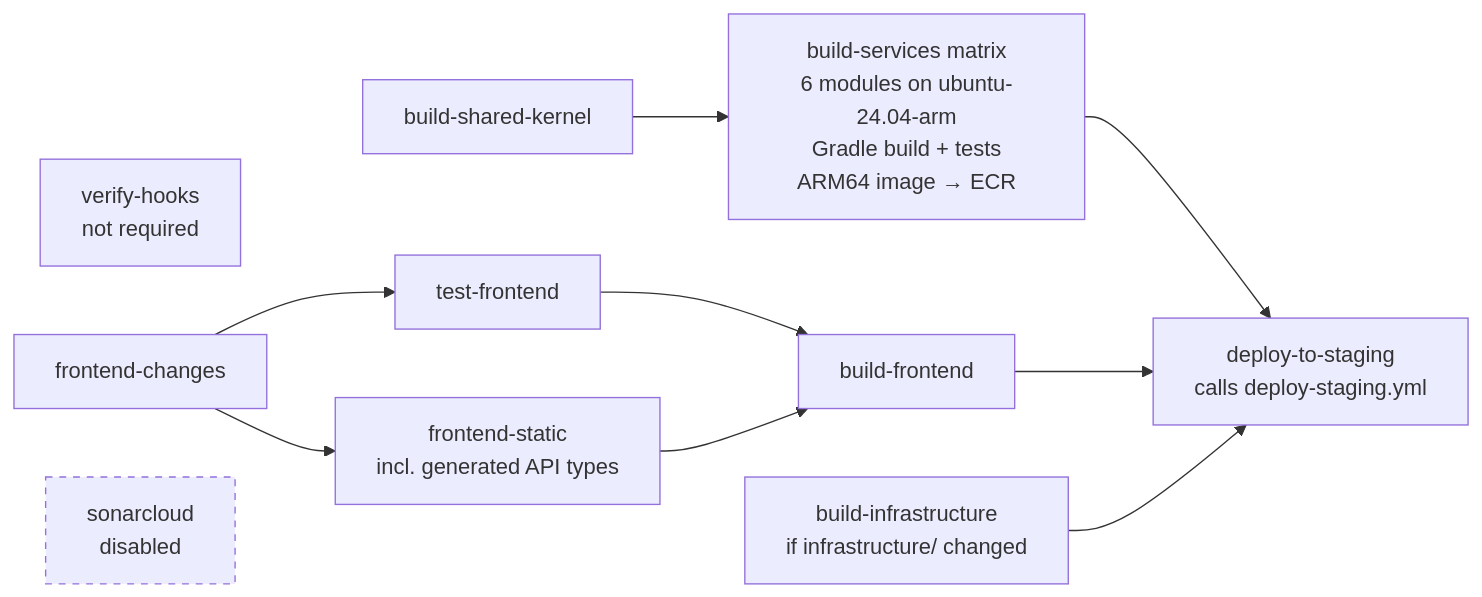
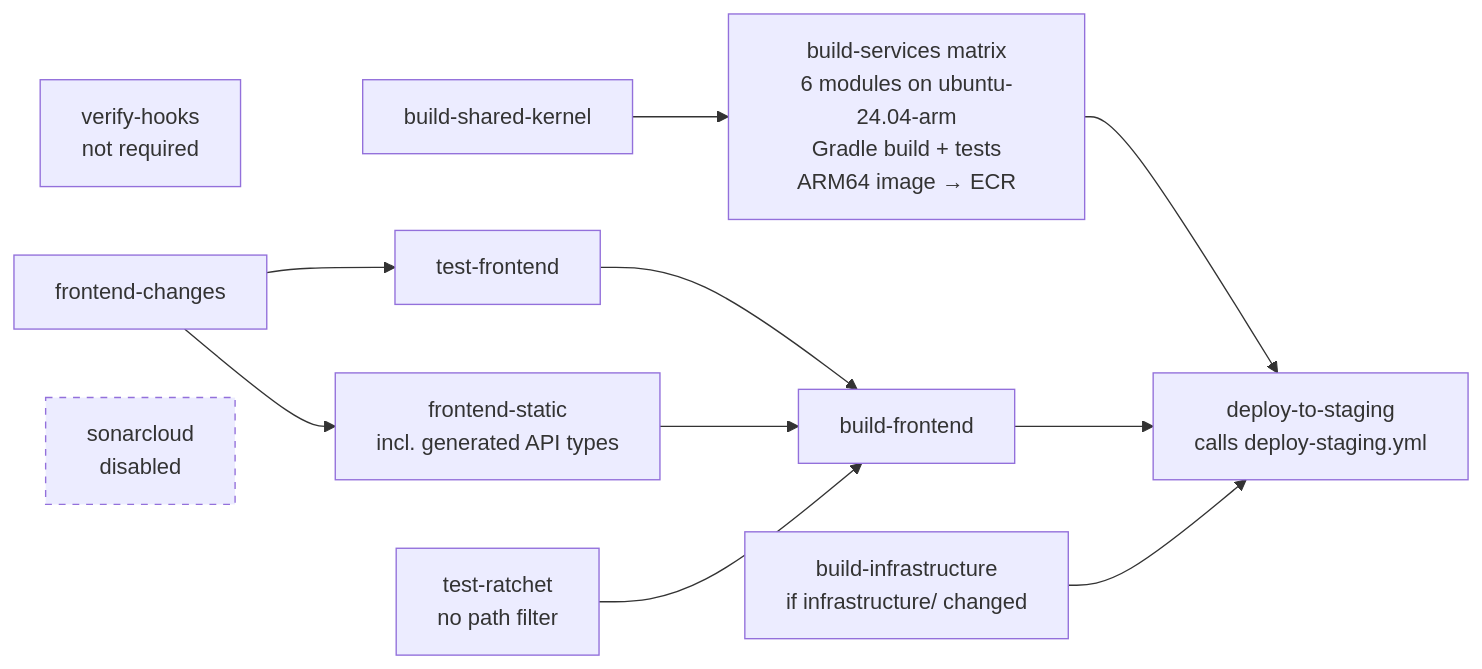
Diagram 13 of 26 in docs/architecture/02-infrastructure-deployment.md (nissimbuchs/BATbern2), drawn with Mermaid before and after one commit. The commit also changed other lines of this file and 392 other files, not shown here.

First line of the commit message:
feat(architecture): Epic 17 first batch: test fidelity, dead surface removed, API and module gates (17.0a-17.5, 17.3b) (#1258)

````diff
--- a/docs/architecture/02-infrastructure-deployment.md
+++ b/docs/architecture/02-infrastructure-deployment.md
@@ -773,18 +757,20 @@
 ```mermaid
 graph LR
     VH["verify-hooks<br/>not required"]
     SK["build-shared-kernel"]
     SVC["build-services matrix<br/>6 modules on ubuntu-24.04-arm<br/>Gradle build + tests<br/>ARM64 image → ECR"]
     FC["frontend-changes"]
     TF["test-frontend"]
     FS["frontend-static<br/>incl. generated API types"]
+    TR["test-ratchet<br/>no path filter"]
     BF["build-frontend"]
     BI["build-infrastructure<br/>if infrastructure/ changed"]
     SONAR["sonarcloud<br/>disabled"]
     DEP["deploy-to-staging<br/>calls deploy-staging.yml"]
 
     SK --> SVC
     FC --> TF & FS --> BF
+    TR --> BF
     SVC & BF & BI --> DEP
     style SONAR stroke-dasharray: 5 5
 ```
````
